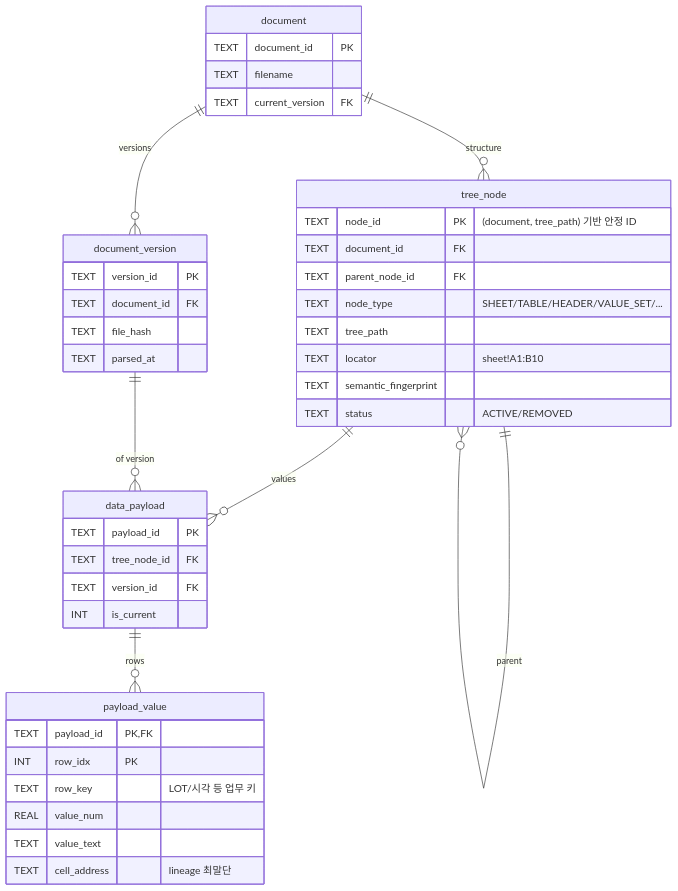
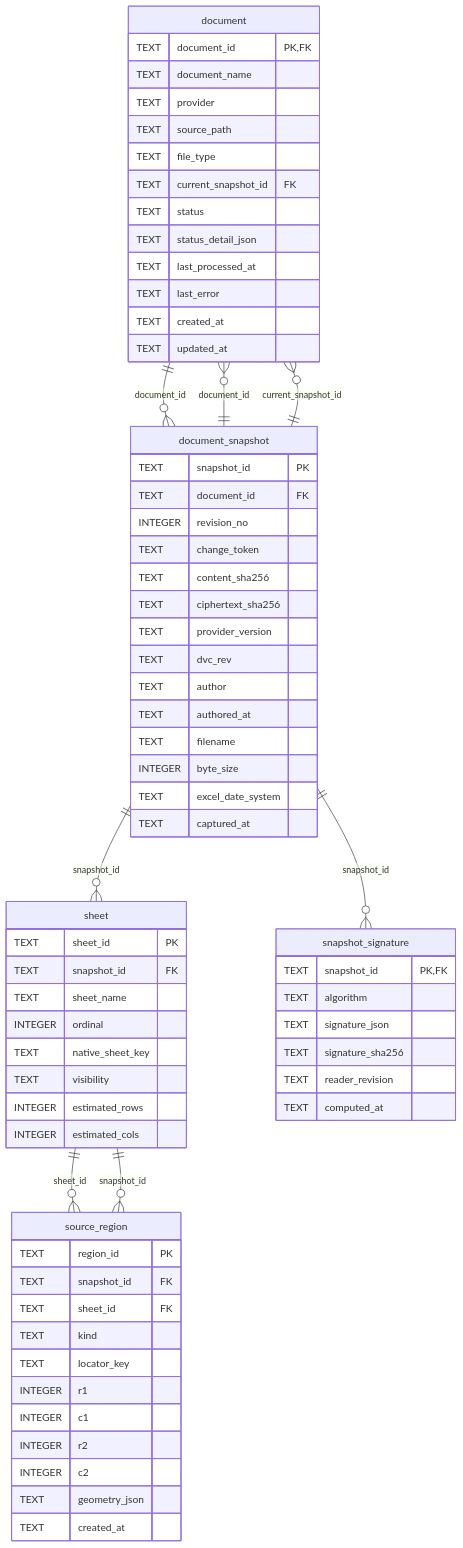
One commit to ujajuck/data_gathering changed the first of 11 diagrams in docs/ARCHITECTURE.md. Above: the diagram before and after it, drawn with Mermaid. The commit also changed other lines of this file and 305 other files, not shown here.

First line of the commit message:
레거시 제거와 개명 — v1·v2 런타임과 이관 도구 삭제, kg에서 schema로, 작업 공간 경로 정리

````diff
--- a/docs/ARCHITECTURE.md
+++ b/docs/ARCHITECTURE.md
@@ -86,45 +43,71 @@
 ```mermaid
 erDiagram
     document {
-        TEXT document_id PK
+        TEXT document_id PK,FK
+        TEXT document_name
+        TEXT provider
+        TEXT source_path
+        TEXT file_type
+        TEXT current_snapshot_id FK
+        TEXT status
+        TEXT status_detail_json
+        TEXT last_processed_at
+        TEXT last_error
+        TEXT created_at
+        TEXT updated_at
+    }
+    document_snapshot {
+        TEXT snapshot_id PK
+        TEXT document_id FK
+        INTEGER revision_no
+        TEXT change_token
+        TEXT content_sha256
+        TEXT ciphertext_sha256
+        TEXT provider_version
+        TEXT dvc_rev
+        TEXT author
+        TEXT authored_at
         TEXT filename
-        TEXT current_version FK
+        INTEGER byte_size
+        TEXT excel_date_system
+        TEXT captured_at
     }
-    document_version {
-        TEXT version_id PK
-        TEXT document_id FK
-        TEXT file_hash
-        TEXT parsed_at
+    sheet {
+        TEXT sheet_id PK
+        TEXT snapshot_id FK
+        TEXT sheet_name
+        INTEGER ordinal
+        TEXT native_sheet_key
+        TEXT visibility
+        INTEGER estimated_rows
+        INTEGER estimated_cols
     }
-    tree_node {
-        TEXT node_id PK "(document, tree_path) 기반 안정 ID"
-        TEXT document_id FK
-        TEXT parent_node_id FK
-        TEXT node_type "SHEET/TABLE/HEADER/VALUE_SET/..."
-        TEXT tree_path
-        TEXT locator "sheet!A1:B10"
-        TEXT semantic_fingerprint
-        TEXT status "ACTIVE/REMOVED"
+    source_region {
+        TEXT region_id PK
+        TEXT snapshot_id FK
+        TEXT sheet_id FK
+        TEXT kind
+        TEXT locator_key
+        INTEGER r1
+        INTEGER c1
+        INTEGER r2
+        INTEGER c2
+        TEXT geometry_json
+        TEXT created_at
     }
-    data_payload {
-        TEXT payload_id PK
-        TEXT tree_node_id FK
-        TEXT version_id FK
-        INT  is_current
+    snapshot_signature {
+        TEXT snapshot_id PK,FK
+        TEXT algorithm
+        TEXT signature_json
+        TEXT signature_sha256
+        TEXT reader_revision
+        TEXT computed_at
     }
-    payload_value {
-        TEXT payload_id PK,FK
-        INT  row_idx PK
-        TEXT row_key "LOT/시각 등 업무 키"
-        REAL value_num
-        TEXT value_text
-        TEXT cell_address "lineage 최말단"
-    }
-
-    document ||--o{ document_version : versions
-    document ||--o{ tree_node : structure
-    tree_node ||--o{ tree_node : parent
-    tree_node ||--o{ data_payload : values
-    document_version ||--o{ data_payload : "of version"
-    data_payload ||--o{ payload_value : rows
+    document_snapshot ||--o{ document : "document_id"
+    document_snapshot ||--o{ document : "current_snapshot_id"
+    document ||--o{ document_snapshot : "document_id"
+    document_snapshot ||--o{ sheet : "snapshot_id"
+    sheet ||--o{ source_region : "sheet_id"
+    sheet ||--o{ source_region : "snapshot_id"
+    document_snapshot ||--o{ snapshot_signature : "snapshot_id"
 ```
````
